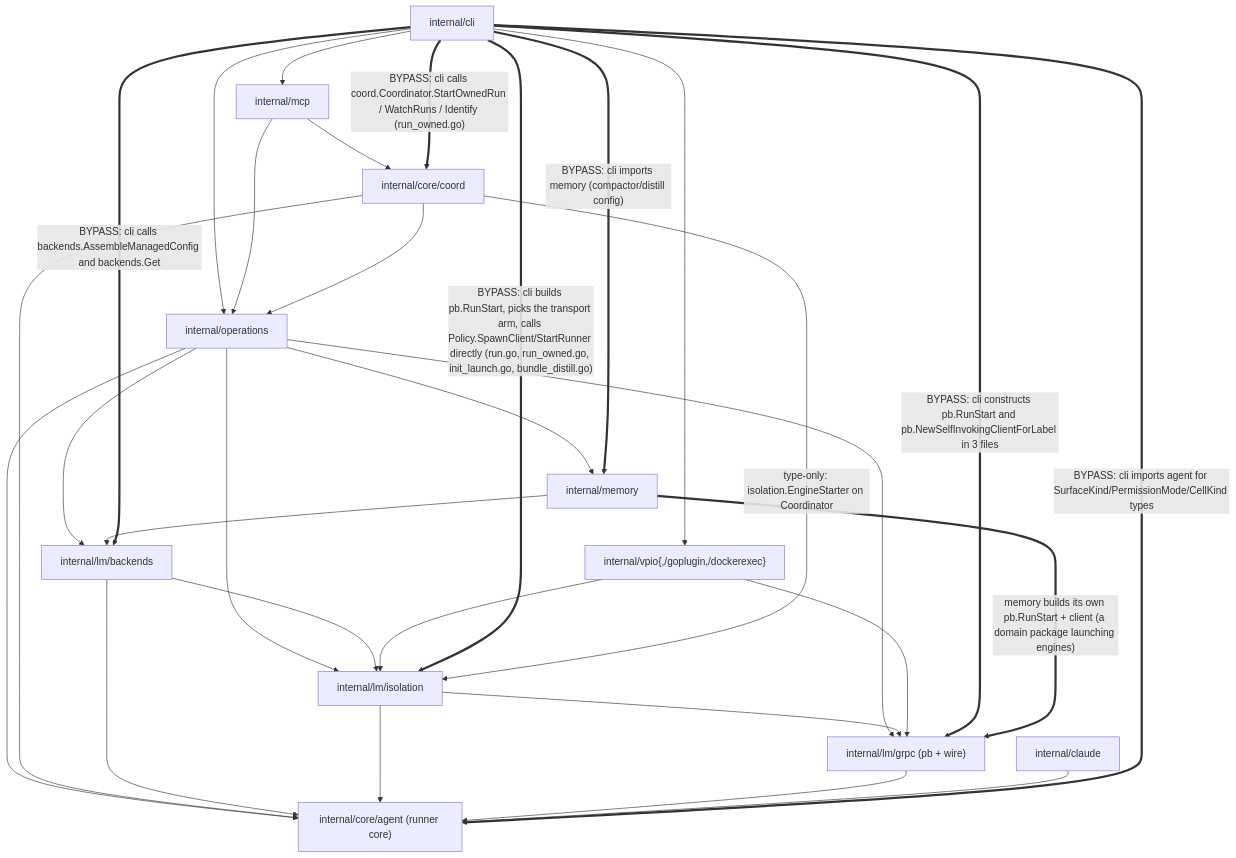
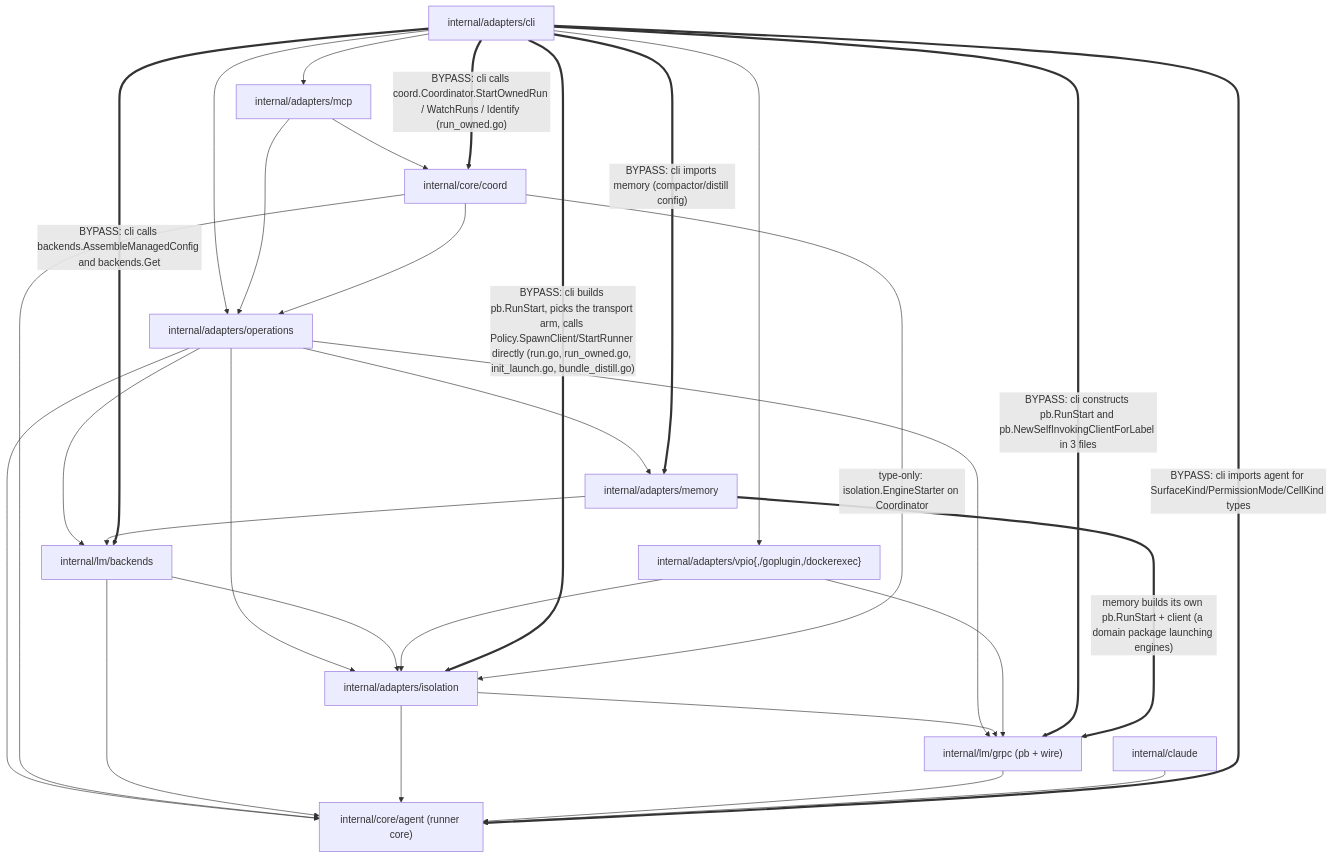
Before and after one commit to ctxloom/ctxloom: the seventh of 9 diagrams in docs/architecture/audit-2026-09-18/01-launch-paths.md, drawn with Mermaid. The commit also changed other lines of this file and 2489 other files, not shown here.

First line of the commit message:
refactor(arch): move the adapters ring into internal/adapters

````diff
--- a/docs/architecture/audit-2026-09-18/01-launch-paths.md
+++ b/docs/architecture/audit-2026-09-18/01-launch-paths.md
@@ -534,45 +534,45 @@
 ```mermaid
 flowchart TB
-  cli["internal/cli"]
-  operations["internal/operations"]
-  mcp["internal/mcp"]
+  cli["internal/adapters/cli"]
+  operations["internal/adapters/operations"]
+  mcp["internal/adapters/mcp"]
   coord["internal/core/coord"]
-  isolation["internal/lm/isolation"]
+  isolation["internal/adapters/isolation"]
   backends["internal/lm/backends"]
   grpc["internal/lm/grpc (pb + wire)"]
   agent["internal/core/agent (runner core)"]
   claude["internal/claude"]
-  memory["internal/memory"]
-  vpio["internal/vpio{,/goplugin,/dockerexec}"]
+  memory["internal/adapters/memory"]
+  vpio["internal/adapters/vpio{,/goplugin,/dockerexec}"]
 
   cli --> operations
   cli --> mcp
   cli --> vpio
   operations --> isolation
   operations --> backends
   operations --> grpc
   operations --> agent
   operations --> memory
   mcp --> coord
   mcp --> operations
   coord --> operations
   coord --> agent
   backends --> isolation
   backends --> agent
   isolation --> grpc
   isolation --> agent
   grpc --> agent
   claude --> agent
   memory --> backends
   vpio --> grpc
   vpio --> isolation
 
   cli == "BYPASS: cli builds pb.RunStart, picks the transport arm, calls Policy.SpawnClient/StartRunner directly (run.go, run_owned.go, init_launch.go, bundle_distill.go)" ==> isolation
   cli == "BYPASS: cli calls backends.AssembleManagedConfig and backends.Get" ==> backends
   cli == "BYPASS: cli constructs pb.RunStart and pb.NewSelfInvokingClientForLabel in 3 files" ==> grpc
   cli == "BYPASS: cli calls coord.Coordinator.StartOwnedRun / WatchRuns / Identify (run_owned.go)" ==> coord
   cli == "BYPASS: cli imports memory (compactor/distill config)" ==> memory
   cli == "BYPASS: cli imports agent for SurfaceKind/PermissionMode/CellKind types" ==> agent
   coord -- "type-only: isolation.EngineStarter on Coordinator" --> isolation
   memory == "memory builds its own pb.RunStart + client (a domain package launching engines)" ==> grpc
 ```
````
